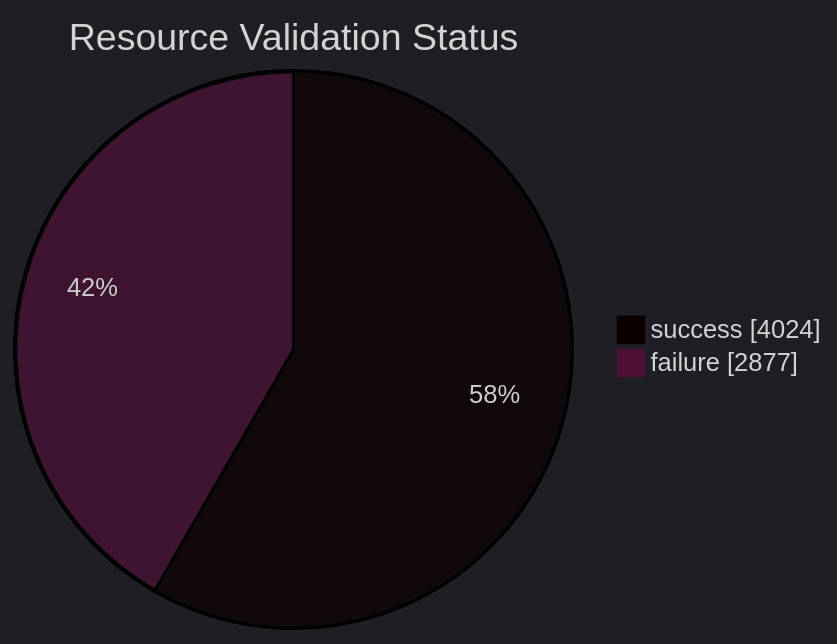
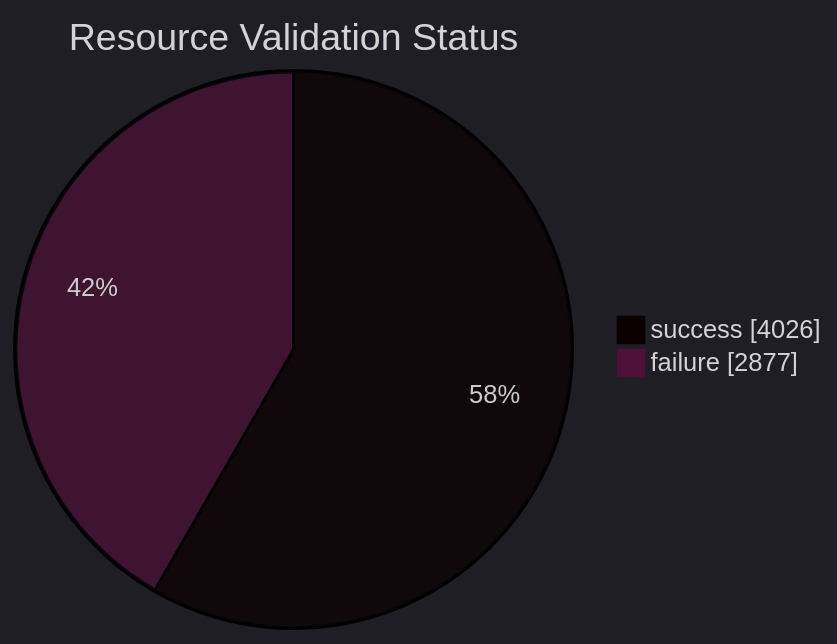
Before and after one commit to open-data/analytics-corporate-reporting: the diagram in datastore_tracker/resource_validation_status_pie_chart.md, drawn with Mermaid. The commit also changed 11 other files, not shown here.

````diff
--- a/datastore_tracker/resource_validation_status_pie_chart.md
+++ b/datastore_tracker/resource_validation_status_pie_chart.md
@@ -2,9 +2,9 @@
 ```mermaid
 ---
 config:
   theme: dark
 ---
 pie showData title Resource Validation Status
-    "success": 4024
+    "success": 4026
     "failure": 2877
 ```
````
